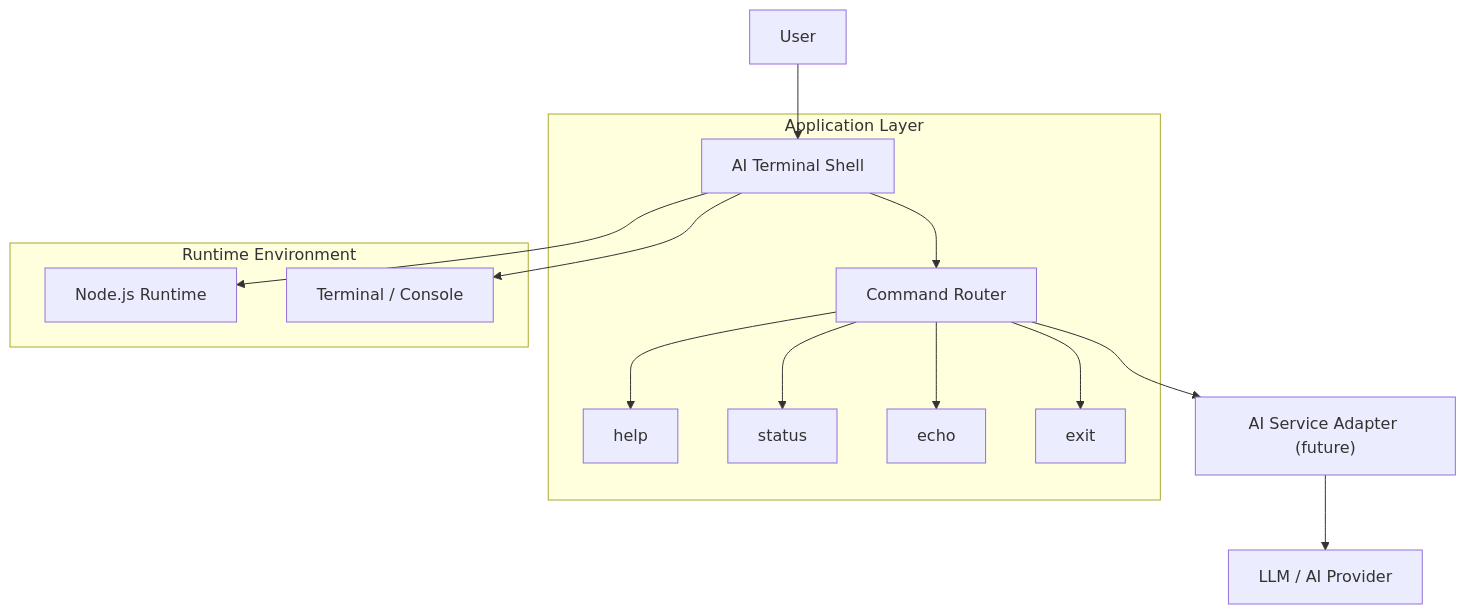
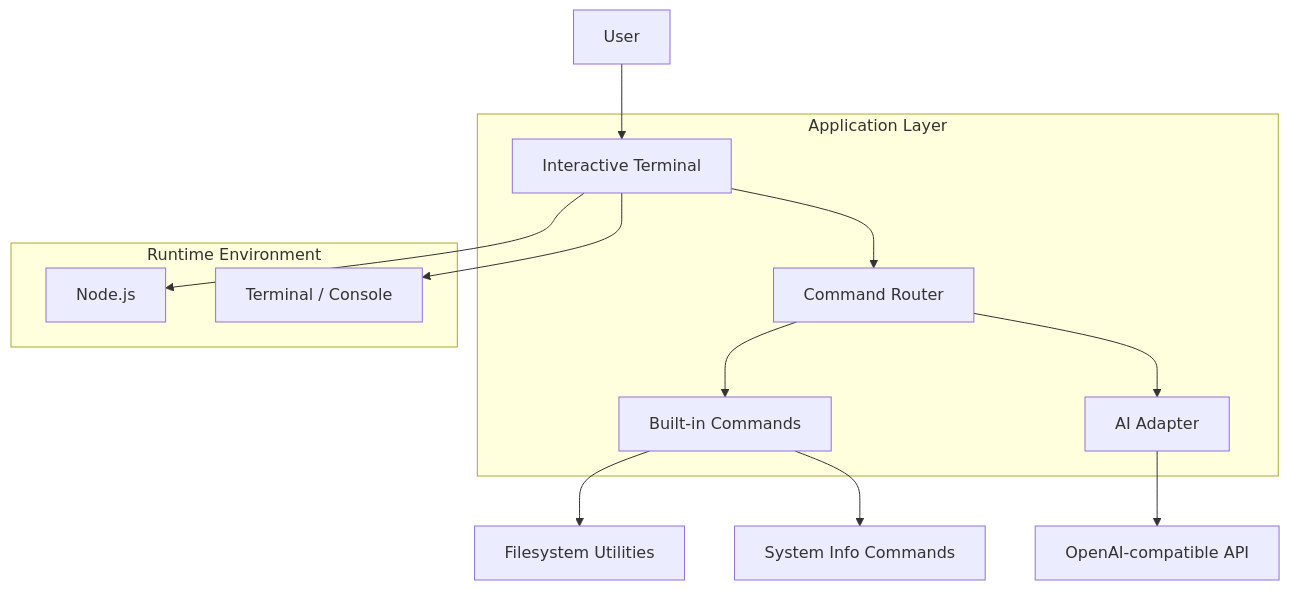
Before and after one commit to kormanlukas-cyber/AI-Terminal: the diagram in ARCHITECTURE.md, drawn with Mermaid. The commit also changed other lines of this file and 6 other files, not shown here.

Commit message:
Upgrade the terminal app into a more advanced AI terminal scaffold with async AI calls, filesystem commands, history, and richer CLI behavior.

````diff
--- a/ARCHITECTURE.md
+++ b/ARCHITECTURE.md
@@ -5,29 +5,25 @@
 ```mermaid
 flowchart TD
-    User["User"] --> Terminal["AI Terminal Shell"]
-    Terminal --> CommandRouter["Command Router"]
-    CommandRouter --> Help["help"]
-    CommandRouter --> Status["status"]
-    CommandRouter --> Echo["echo"]
-    CommandRouter --> Exit["exit"]
-
-    CommandRouter --> AI["AI Service Adapter (future)"]
-    AI --> Model["LLM / AI Provider"]
+    User["User"] --> Shell["Interactive Terminal"]
+    Shell --> Router["Command Router"]
+    Router --> Builtins["Built-in Commands"]
+    Builtins --> FS["Filesystem Utilities"]
+    Builtins --> System["System Info Commands"]
+    Router --> AI["AI Adapter"]
+    AI --> Provider["OpenAI-compatible API"]
 
     subgraph App["Application Layer"]
-        Terminal
-        CommandRouter
-        Help
-        Status
-        Echo
-        Exit
+        Shell
+        Router
+        Builtins
+        AI
     end
 
-    subgraph Infra["Runtime Environment"]
-        Node["Node.js Runtime"]
-        OS["Terminal / Console"]
+    subgraph Runtime["Runtime Environment"]
+        Node["Node.js"]
+        Console["Terminal / Console"]
     end
 
-    Terminal --> Node
-    Terminal --> OS
+    Shell --> Node
+    Shell --> Console
 ```
````
